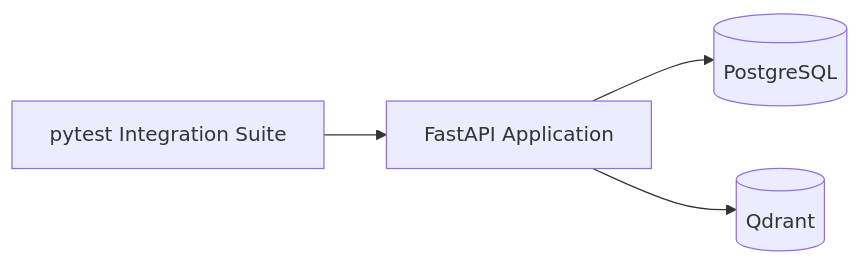
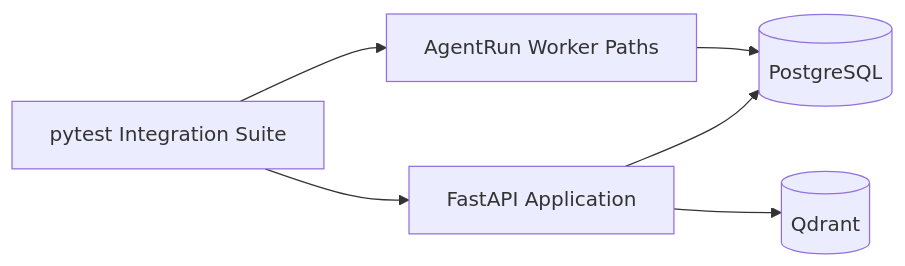
Before and after one commit to philgodoy96/supportops-ai-platform: the seventh of 8 diagrams in docs/architecture/runtime-topology.md, drawn with Mermaid. The commit also changed other lines of this file and 6 other files, not shown here.

Commit message:
docs: document PostgreSQL worker operations

````diff
--- a/docs/architecture/runtime-topology.md
+++ b/docs/architecture/runtime-topology.md
@@ -322,11 +553,14 @@
 ```mermaid
 flowchart LR
     Pytest[pytest Integration Suite]
     API[FastAPI Application]
+    WorkerLogic[AgentRun Worker Paths]
     PostgreSQL[(PostgreSQL)]
     Qdrant[(Qdrant)]
 
     Pytest --> API
+    Pytest --> WorkerLogic
     API --> PostgreSQL
+    WorkerLogic --> PostgreSQL
     API --> Qdrant
 ```
````
